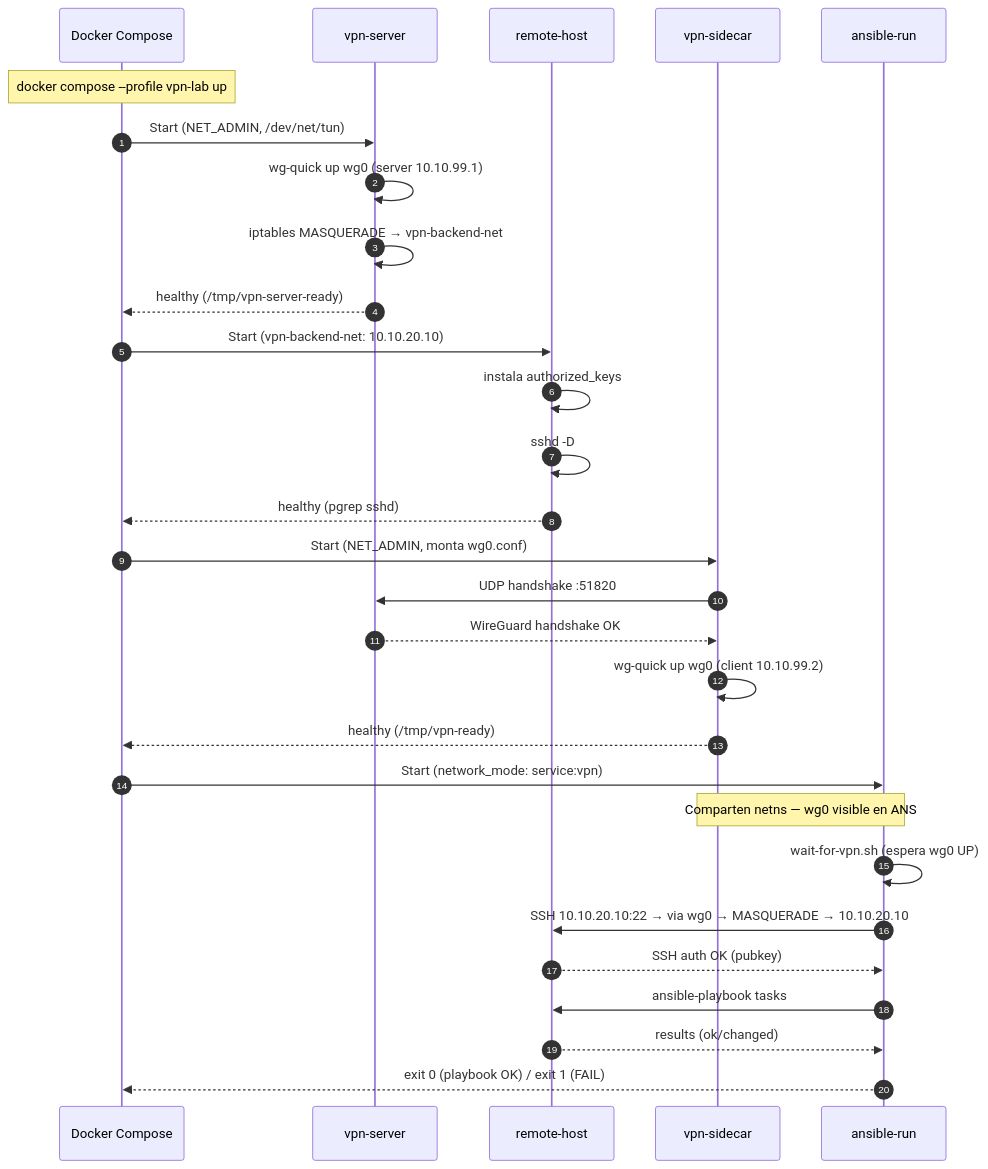
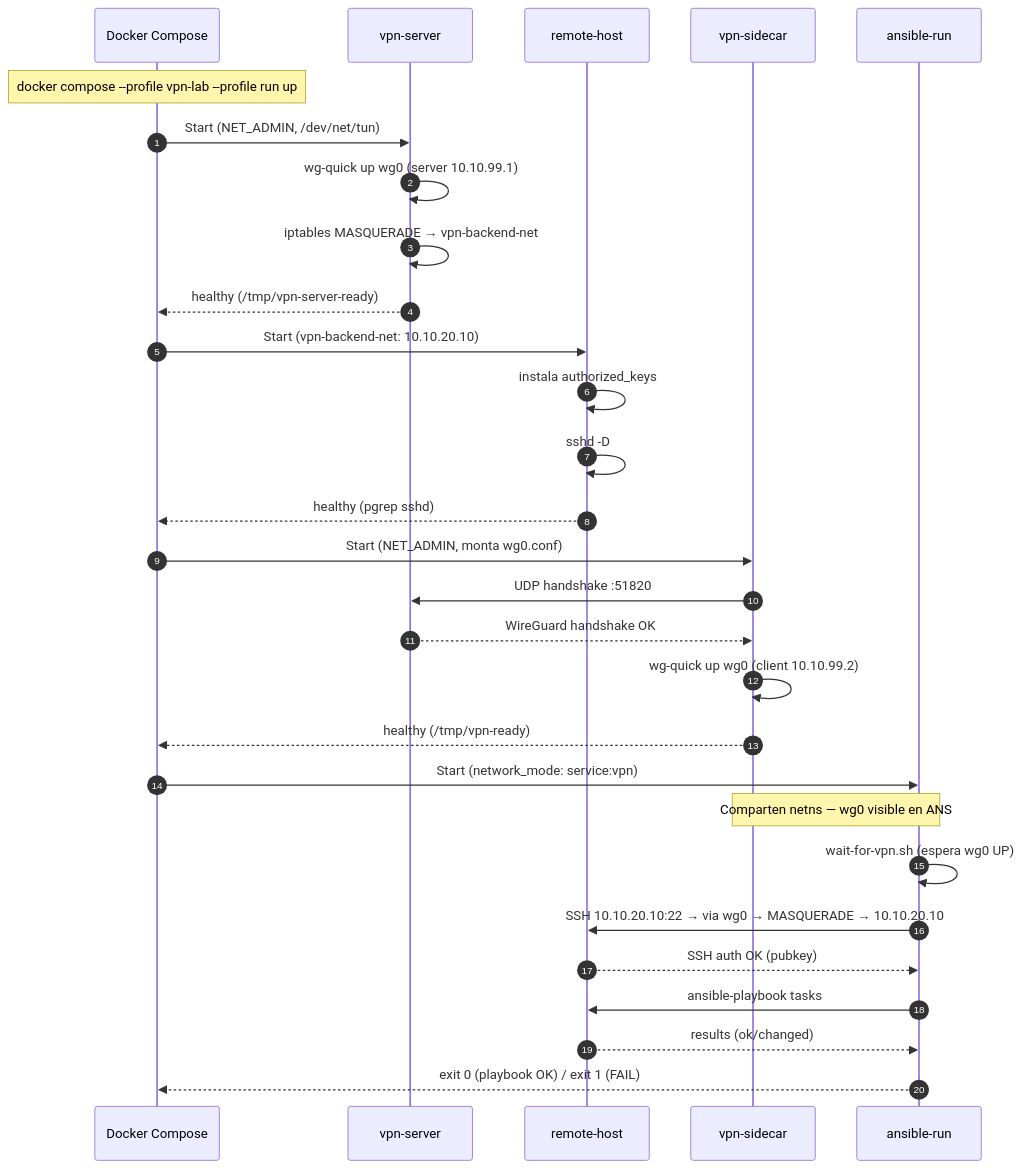
Before and after one commit to VanOps/kubernetes-job-over-VPN: the diagram in docs/ssh/02-docker-ansible-lab.md, drawn with Mermaid. The commit also changed other lines of this file and 37 other files, not shown here.

````diff
--- a/docs/ssh/02-docker-ansible-lab.md
+++ b/docs/ssh/02-docker-ansible-lab.md
@@ -179,36 +185,36 @@
 ```mermaid
 sequenceDiagram
     autonumber
     participant DC as Docker Compose
     participant WGS as vpn-server
     participant RH as remote-host
     participant VPN as vpn-sidecar
     participant ANS as ansible-run
 
-    Note over DC: docker compose --profile vpn-lab up
+    Note over DC: docker compose --profile vpn-lab --profile run up
 
     DC->>WGS: Start (NET_ADMIN, /dev/net/tun)
     WGS->>WGS: wg-quick up wg0 (server 10.10.99.1)
     WGS->>WGS: iptables MASQUERADE → vpn-backend-net
     WGS-->>DC: healthy (/tmp/vpn-server-ready)
 
     DC->>RH: Start (vpn-backend-net: 10.10.20.10)
     RH->>RH: instala authorized_keys
     RH->>RH: sshd -D
     RH-->>DC: healthy (pgrep sshd)
 
     DC->>VPN: Start (NET_ADMIN, monta wg0.conf)
     VPN->>WGS: UDP handshake :51820
     WGS-->>VPN: WireGuard handshake OK
     VPN->>VPN: wg-quick up wg0 (client 10.10.99.2)
     VPN-->>DC: healthy (/tmp/vpn-ready)
 
     DC->>ANS: Start (network_mode: service:vpn)
     Note over ANS,VPN: Comparten netns — wg0 visible en ANS
     ANS->>ANS: wait-for-vpn.sh (espera wg0 UP)
     ANS->>RH: SSH 10.10.20.10:22 → via wg0 → MASQUERADE → 10.10.20.10
     RH-->>ANS: SSH auth OK (pubkey)
     ANS->>RH: ansible-playbook tasks
     RH-->>ANS: results (ok/changed)
     ANS-->>DC: exit 0 (playbook OK) / exit 1 (FAIL)
 ```
````
